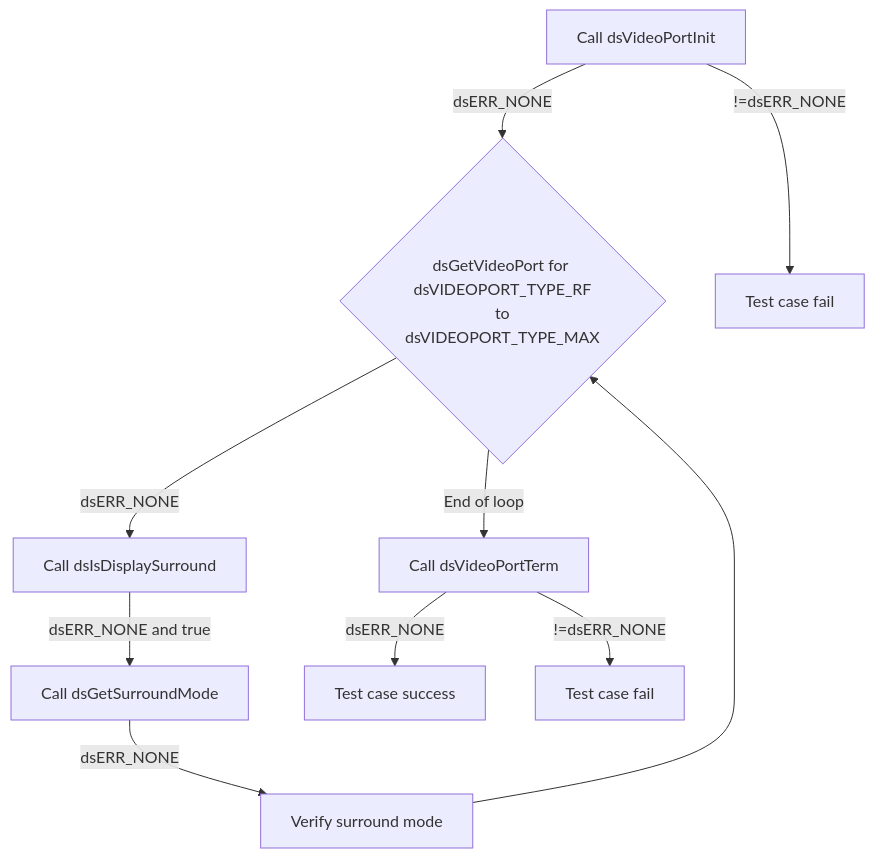
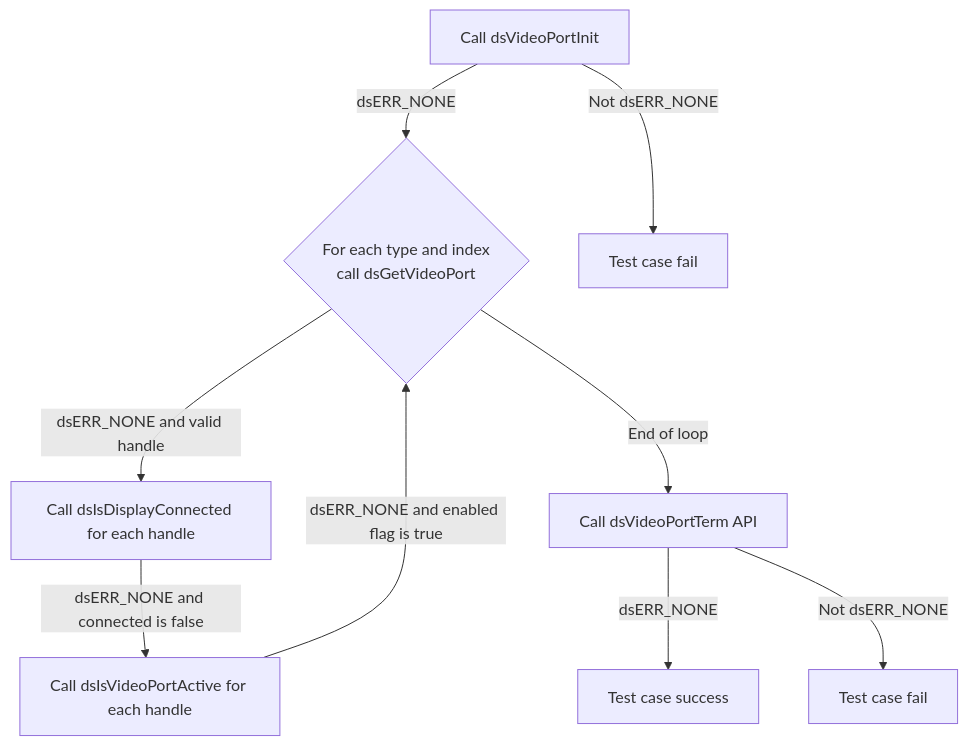
Before and after one commit to rdkcentral/rdk-halif-test-device_settings: the fourth of 30 diagrams in docs/pages/dsVideoPort_L2_Low-Level_TestSpecification.md, drawn with Mermaid. The commit also changed other lines of this file and 5 other files, not shown here.

````diff
--- a/docs/pages/dsVideoPort_L2_Low-Level_TestSpecification.md
+++ b/docs/pages/dsVideoPort_L2_Low-Level_TestSpecification.md
@@ -202,12 +202,11 @@
 ```mermaid
 graph TB
-A[Call dsVideoPortInit] -->|dsERR_NONE| B{dsGetVideoPort for <br> dsVIDEOPORT_TYPE_RF <br> to dsVIDEOPORT_TYPE_MAX}
-A -->|!=dsERR_NONE| A1[Test case fail]
-B -->|dsERR_NONE| C[Call dsIsDisplaySurround]
-C -->|dsERR_NONE and true| D[Call dsGetSurroundMode]
-D -->|dsERR_NONE| E[Verify surround mode]
-E --> B
-B -->|End of loop| F[Call dsVideoPortTerm]
-F -->|dsERR_NONE| G[Test case success]
-F -->|!=dsERR_NONE| F1[Test case fail]
+    A[Call dsVideoPortInit] -->|dsERR_NONE| B{For each type and index <br> call dsGetVideoPort}
+    A -->|Not dsERR_NONE| A1[Test case fail]
+    B -->|dsERR_NONE and valid handle| C[Call dsIsDisplayConnected for each handle]
+    C -->|dsERR_NONE and connected is false| D[Call dsIsVideoPortActive for each handle]
+    D -->|dsERR_NONE and enabled flag is true| B
+    B -->|End of loop|I[Call dsVideoPortTerm API]
+    I -->|dsERR_NONE| J[Test case success]
+    I -->|Not dsERR_NONE| I1[Test case fail]
 ```
````
